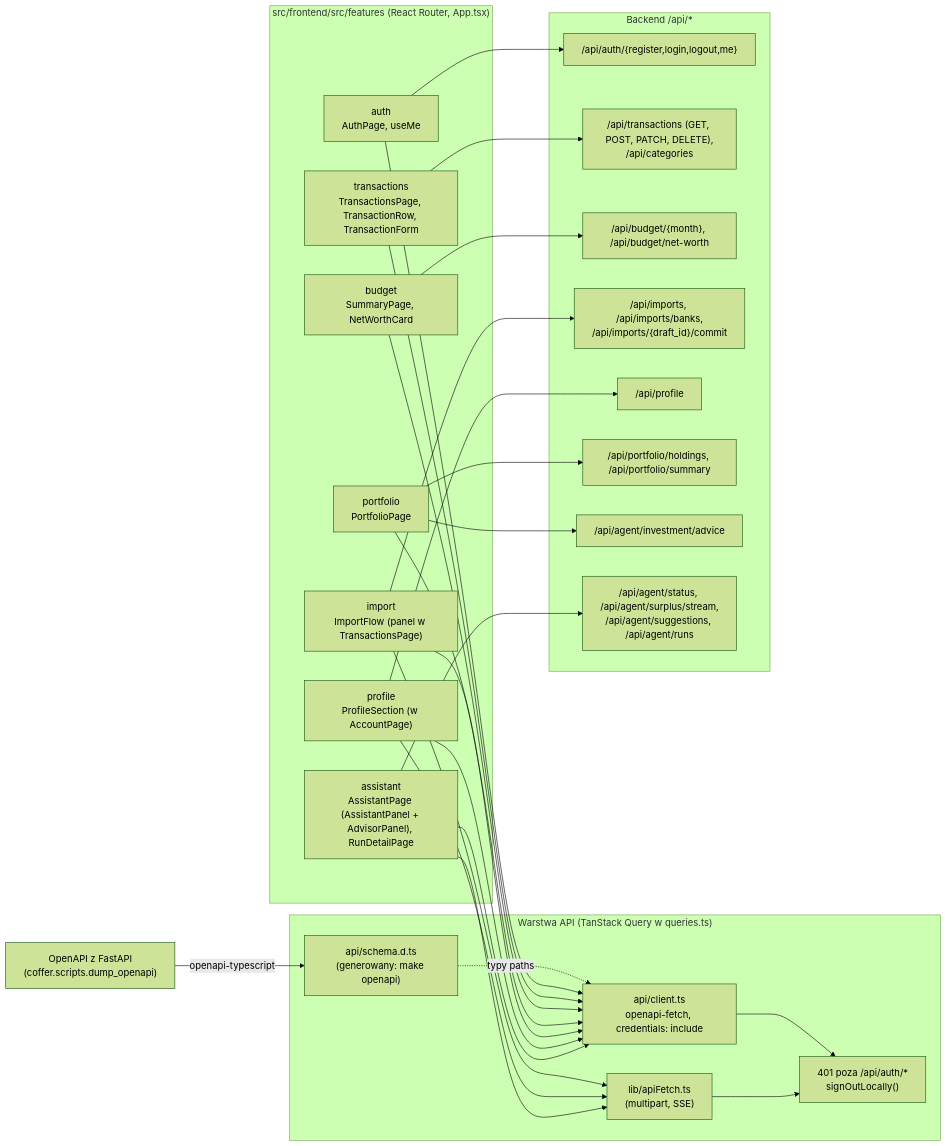
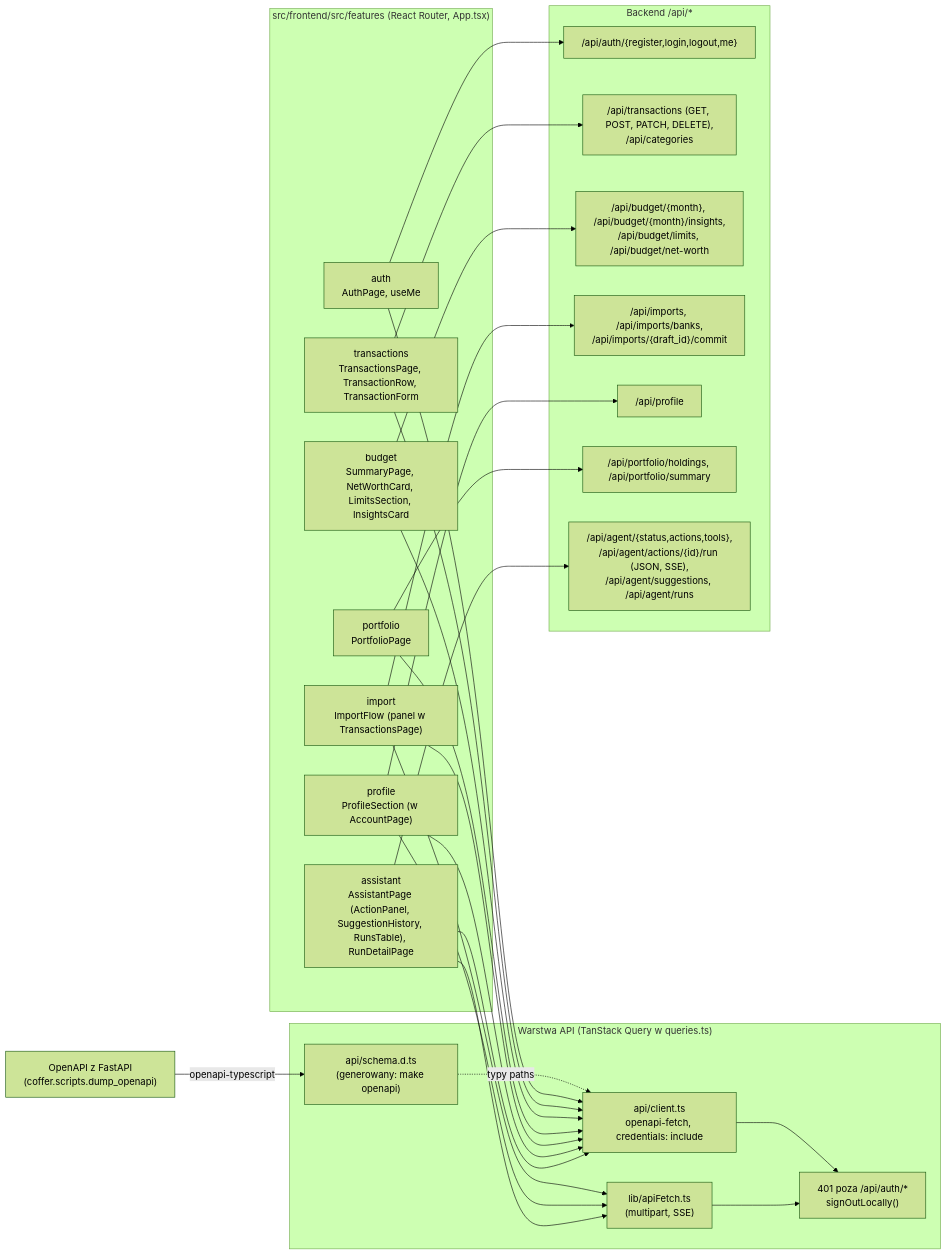
The fourth of 8 diagrams in docs/architecture.md (krzysztof-wojtowicz/coffer-demo), drawn with Mermaid (forest theme) before and after one commit. The commit also changed other lines of this file and 216 other files, not shown here.

````diff
--- a/docs/architecture.md
+++ b/docs/architecture.md
@@ -188,53 +206,51 @@
 ```mermaid
 flowchart LR
     subgraph pages["src/frontend/src/features (React Router, App.tsx)"]
         auth["auth<br/>AuthPage, useMe"]
         tx["transactions<br/>TransactionsPage, TransactionRow, TransactionForm"]
-        bud["budget<br/>SummaryPage, NetWorthCard"]
+        bud["budget<br/>SummaryPage, NetWorthCard, LimitsSection, InsightsCard"]
         imp["import<br/>ImportFlow (panel w TransactionsPage)"]
         prof["profile<br/>ProfileSection (w AccountPage)"]
         port["portfolio<br/>PortfolioPage"]
-        asst["assistant<br/>AssistantPage (AssistantPanel + AdvisorPanel), RunDetailPage"]
+        asst["assistant<br/>AssistantPage (ActionPanel, SuggestionHistory, RunsTable), RunDetailPage"]
     end
 
     subgraph apilayer["Warstwa API (TanStack Query w queries.ts)"]
         client["api/client.ts<br/>openapi-fetch, credentials: include"]
         schema["api/schema.d.ts<br/>(generowany: make openapi)"]
         rawfetch["lib/apiFetch.ts<br/>(multipart, SSE)"]
         guard["401 poza /api/auth/*<br/>signOutLocally()"]
     end
 
     openapi["OpenAPI z FastAPI<br/>(coffer.scripts.dump_openapi)"]
 
     subgraph endpoints["Backend /api/*"]
         e_auth["/api/auth/{register,login,logout,me}"]
         e_tx["/api/transactions (GET, POST, PATCH, DELETE),<br/>/api/categories"]
-        e_bud["/api/budget/{month}, /api/budget/net-worth"]
+        e_bud["/api/budget/{month}, /api/budget/{month}/insights,<br/>/api/budget/limits, /api/budget/net-worth"]
         e_imp["/api/imports, /api/imports/banks,<br/>/api/imports/{draft_id}/commit"]
         e_prof["/api/profile"]
         e_port["/api/portfolio/holdings, /api/portfolio/summary"]
-        e_adv["/api/agent/investment/advice"]
-        e_agent["/api/agent/status, /api/agent/surplus/stream,<br/>/api/agent/suggestions, /api/agent/runs"]
+        e_agent["/api/agent/{status,actions,tools},<br/>/api/agent/actions/{id}/run (JSON, SSE),<br/>/api/agent/suggestions, /api/agent/runs"]
     end
 
     openapi -->|"openapi-typescript"| schema
     schema -.->|"typy paths"| client
     auth & tx & bud & port --> client
     imp --> client
     imp --> rawfetch
     prof --> client
     prof --> rawfetch
     asst --> client
     asst --> rawfetch
     client --> guard
     rawfetch --> guard
 
     auth --> e_auth
     tx --> e_tx
     bud --> e_bud
     imp --> e_imp
     prof --> e_prof
     port --> e_port
-    port --> e_adv
     asst --> e_agent
 ```
````
